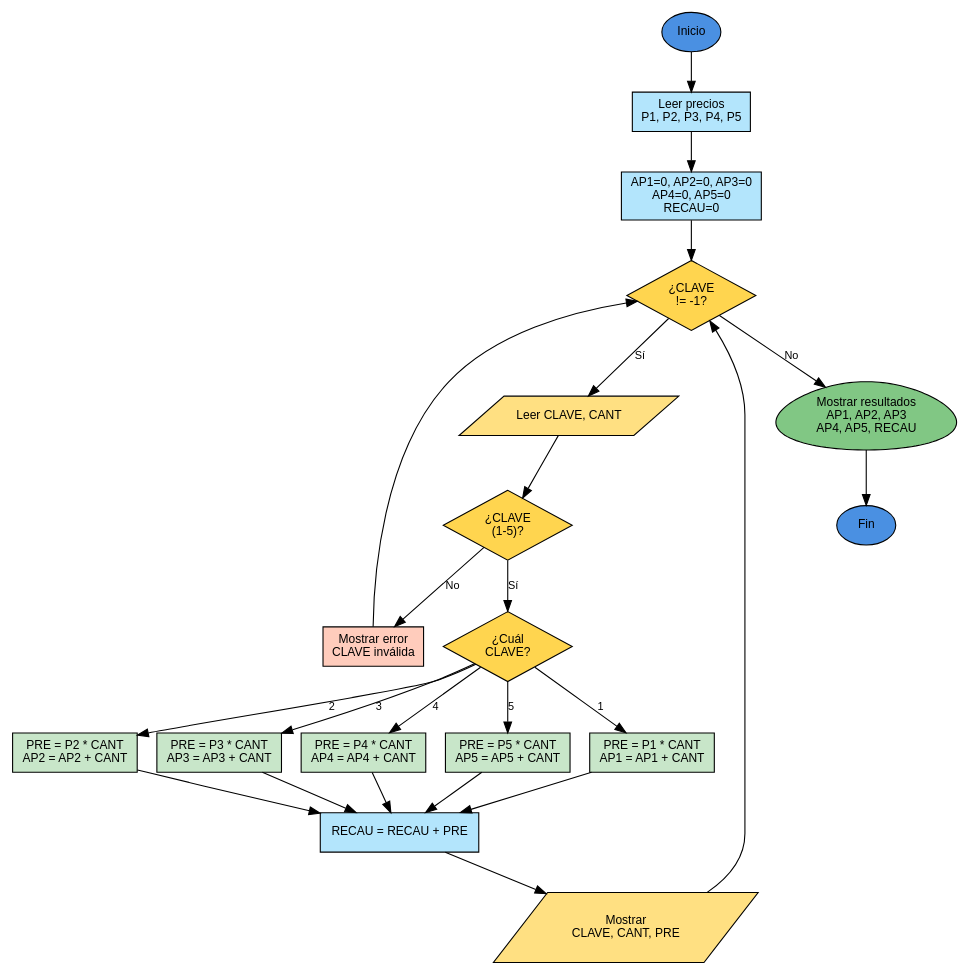
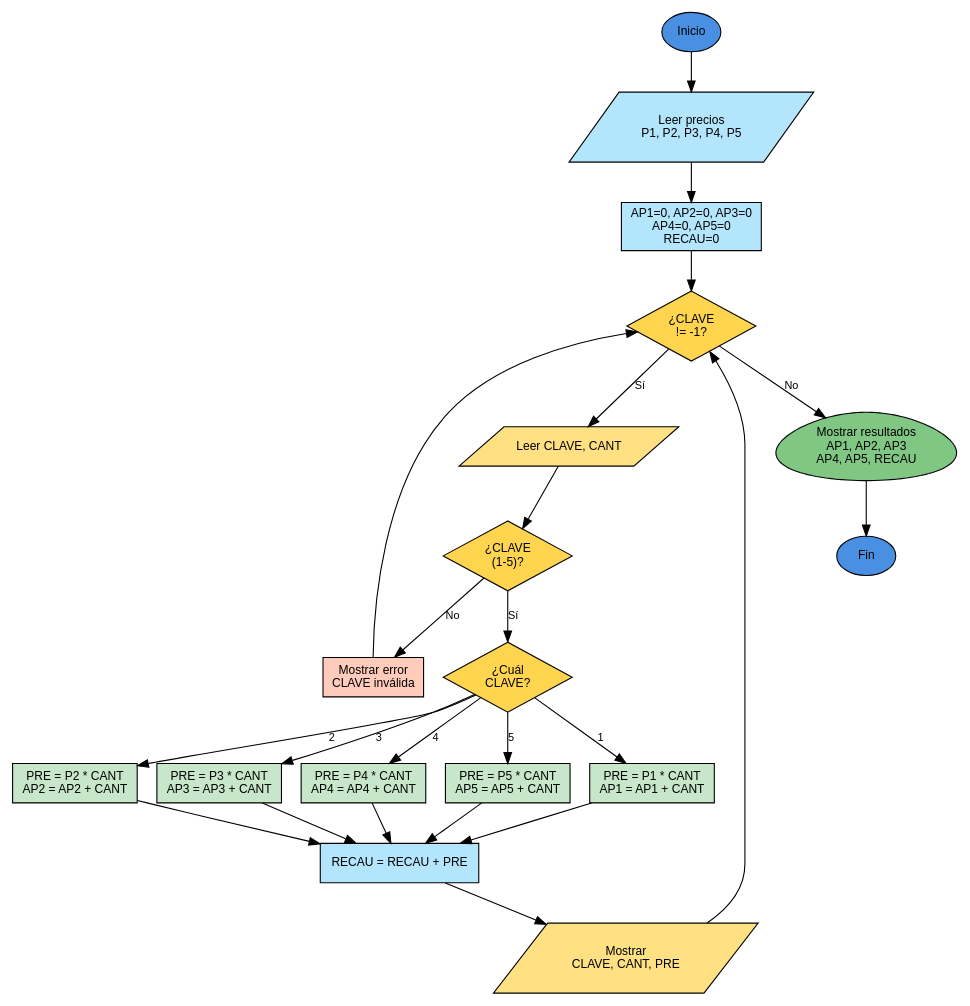
One commit to ISAIMCH/EjerciciosJava changed the diagram in Diagramas/problema-3-14-pag-154.dot. Above: the diagram before and after it, drawn with Graphviz. The commit also changed 11 other files, not shown here.

Commit message:
Modificaciones en diagrams

```diff
--- a/Diagramas/problema-3-14-pag-154.dot
+++ b/Diagramas/problema-3-14-pag-154.dot
@@ -1,71 +1,71 @@
 digraph Problema3_14 {
     rankdir=TB;
     node [fontname="Arial", fontsize=11, style=filled, fillcolor=white];
     edge [fontname="Arial", fontsize=10];
 
     // Nodos principales
     inicio [shape=ellipse, label="Inicio", fillcolor="#4A90E2"];
-    leer_precios [shape=box, label="Leer precios\nP1, P2, P3, P4, P5", fillcolor="#B3E5FC"];
+    leer_precios [shape=parallelogram, label="Leer precios\nP1, P2, P3, P4, P5", fillcolor="#B3E5FC"];
     inicializar [shape=box, label="AP1=0, AP2=0, AP3=0\nAP4=0, AP5=0\nRECAU=0", fillcolor="#B3E5FC"];
     
     // Ciclo externo WHILE
     condicion_clave [shape=diamond, label="¿CLAVE\n!= -1?", fillcolor="#FFD54F"];
     leer_datos [shape=parallelogram, label="Leer CLAVE, CANT", fillcolor="#FFE082"];
     validar_clave [shape=diamond, label="¿CLAVE\n(1-5)?", fillcolor="#FFD54F"];
     
     // Decisión por CLAVE
     decision_clave [shape=diamond, label="¿Cuál\nCLAVE?", fillcolor="#FFD54F"];
     
     // Procesos para cada localidad
     opcion_1 [shape=box, label="PRE = P1 * CANT\nAP1 = AP1 + CANT", fillcolor="#C8E6C9"];
     opcion_2 [shape=box, label="PRE = P2 * CANT\nAP2 = AP2 + CANT", fillcolor="#C8E6C9"];
     opcion_3 [shape=box, label="PRE = P3 * CANT\nAP3 = AP3 + CANT", fillcolor="#C8E6C9"];
     opcion_4 [shape=box, label="PRE = P4 * CANT\nAP4 = AP4 + CANT", fillcolor="#C8E6C9"];
     opcion_5 [shape=box, label="PRE = P5 * CANT\nAP5 = AP5 + CANT", fillcolor="#C8E6C9"];
     
     // Acumular recaudación
     acumular_recau [shape=box, label="RECAU = RECAU + PRE", fillcolor="#B3E5FC"];
     mostrar_venta [shape=parallelogram, label="Mostrar\nCLAVE, CANT, PRE", fillcolor="#FFE082"];
     
     // Rechazar venta inválida
     rechazar [shape=box, label="Mostrar error\nCLAVE inválida", fillcolor="#FFCCBC"];
     
     // Salida final
     mostrar_resultado [shape=egg, label="Mostrar resultados\nAP1, AP2, AP3\nAP4, AP5, RECAU", fillcolor="#81C784"];
     fin [shape=ellipse, label="Fin", fillcolor="#4A90E2"];
 
     // Conexiones principales
     inicio -> leer_precios;
     leer_precios -> inicializar;
     inicializar -> condicion_clave;
     
     // Ciclo WHILE principal
     condicion_clave -> leer_datos [label="Sí"];
     leer_datos -> validar_clave;
     
     // Validación
     validar_clave -> decision_clave [label="Sí"];
     validar_clave -> rechazar [label="No"];
     rechazar -> condicion_clave;
     
     // Decisión por localidad
     decision_clave -> opcion_1 [label="1"];
     decision_clave -> opcion_2 [label="2"];
     decision_clave -> opcion_3 [label="3"];
     decision_clave -> opcion_4 [label="4"];
     decision_clave -> opcion_5 [label="5"];
     
     // Todas las opciones convergen
     opcion_1 -> acumular_recau;
     opcion_2 -> acumular_recau;
     opcion_3 -> acumular_recau;
     opcion_4 -> acumular_recau;
     opcion_5 -> acumular_recau;
     
     acumular_recau -> mostrar_venta;
     mostrar_venta -> condicion_clave;
     
     // Salida
     condicion_clave -> mostrar_resultado [label="No"];
     mostrar_resultado -> fin;
 }
```
